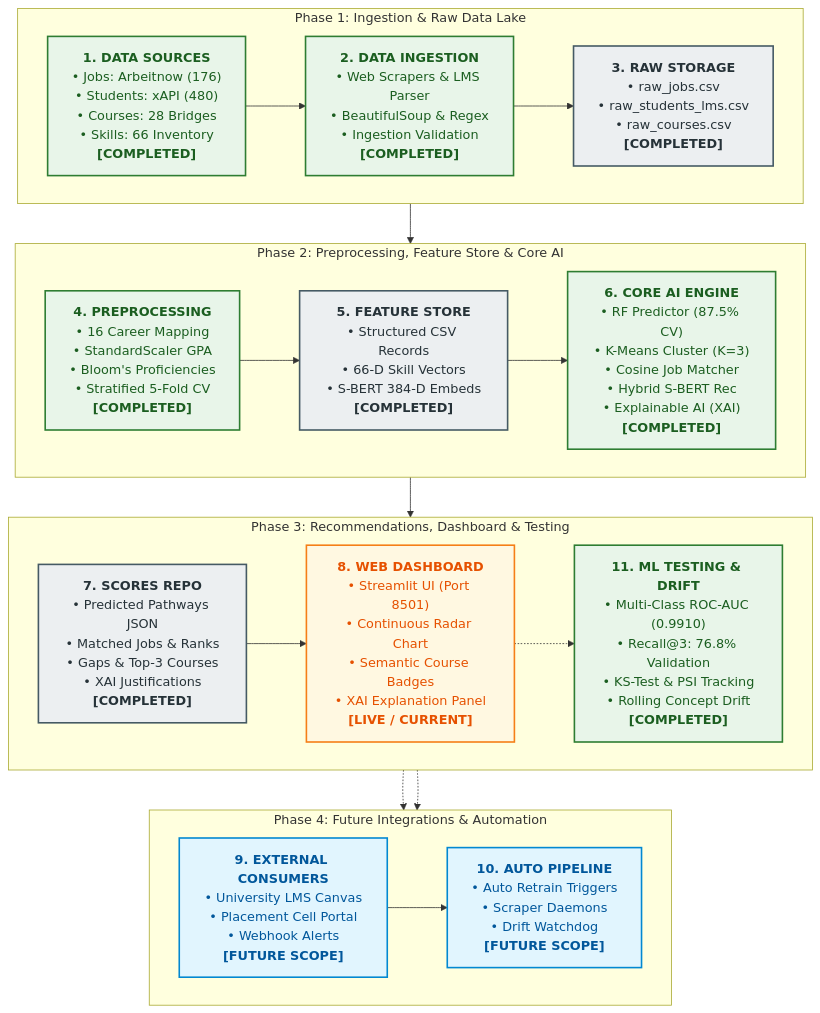
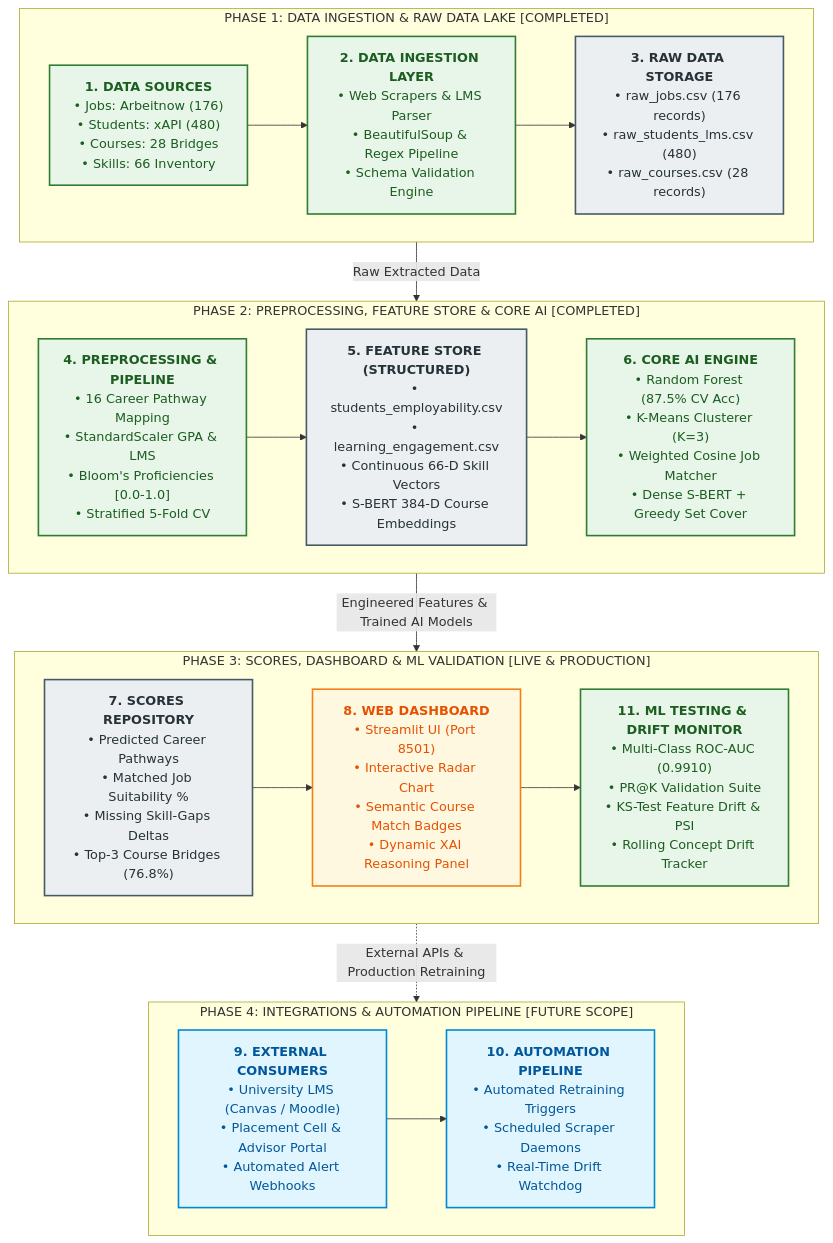
One commit to Raghavmalani77/EduPathAI changed the diagram in README.md. Above: the diagram before and after it, drawn with Mermaid.

Commit message:
docs: stack phase subgraphs vertically with horizontal internal components

````diff
--- a/README.md
+++ b/README.md
@@ -18,45 +18,43 @@
 ```mermaid
 flowchart TD
     %% Styling Classes
     classDef comp fill:#E8F5E9,stroke:#2E7D32,stroke-width:2px,color:#1B5E20;
     classDef curr fill:#FFF8E1,stroke:#F57F17,stroke-width:2px,color:#E65100;
     classDef store fill:#ECEFF1,stroke:#455A64,stroke-width:2px,color:#263238;
     classDef fut fill:#E1F5FE,stroke:#0288D1,stroke-width:2px,color:#01579B;
 
-    subgraph P1 ["Phase 1: Ingestion & Raw Data Lake"]
+    subgraph P1 ["PHASE 1: DATA INGESTION & RAW DATA LAKE [COMPLETED]"]
         direction LR
-        B1["<b>1. DATA SOURCES</b><br/>• Jobs: Arbeitnow (176)<br/>• Students: xAPI (480)<br/>• Courses: 28 Bridges<br/>• Skills: 66 Inventory<br/><b>[COMPLETED]</b>"]:::comp
-        B2["<b>2. DATA INGESTION</b><br/>• Web Scrapers & LMS Parser<br/>• BeautifulSoup & Regex<br/>• Ingestion Validation<br/><b>[COMPLETED]</b>"]:::comp
-        B3["<b>3. RAW STORAGE</b><br/>• raw_jobs.csv<br/>• raw_students_lms.csv<br/>• raw_courses.csv<br/><b>[COMPLETED]</b>"]:::store
+        B1["<b>1. DATA SOURCES</b><br/>• Jobs: Arbeitnow (176)<br/>• Students: xAPI (480)<br/>• Courses: 28 Bridges<br/>• Skills: 66 Inventory"]:::comp
+        B2["<b>2. DATA INGESTION LAYER</b><br/>• Web Scrapers & LMS Parser<br/>• BeautifulSoup & Regex Pipeline<br/>• Schema Validation Engine"]:::comp
+        B3["<b>3. RAW DATA STORAGE</b><br/>• raw_jobs.csv (176 records)<br/>• raw_students_lms.csv (480)<br/>• raw_courses.csv (28 records)"]:::store
         B1 --> B2 --> B3
     end
 
-    subgraph P2 ["Phase 2: Preprocessing, Feature Store & Core AI"]
+    subgraph P2 ["PHASE 2: PREPROCESSING, FEATURE STORE & CORE AI [COMPLETED]"]
         direction LR
-        B4["<b>4. PREPROCESSING</b><br/>• 16 Career Mapping<br/>• StandardScaler GPA<br/>• Bloom's Proficiencies<br/>• Stratified 5-Fold CV<br/><b>[COMPLETED]</b>"]:::comp
-        B5["<b>5. FEATURE STORE</b><br/>• Structured CSV Records<br/>• 66-D Skill Vectors<br/>• S-BERT 384-D Embeds<br/><b>[COMPLETED]</b>"]:::store
-        B6["<b>6. CORE AI ENGINE</b><br/>• RF Predictor (87.5% CV)<br/>• K-Means Cluster (K=3)<br/>• Cosine Job Matcher<br/>• Hybrid S-BERT Rec<br/>• Explainable AI (XAI)<br/><b>[COMPLETED]</b>"]:::comp
+        B4["<b>4. PREPROCESSING & PIPELINE</b><br/>• 16 Career Pathway Mapping<br/>• StandardScaler GPA & LMS<br/>• Bloom's Proficiencies [0.0-1.0]<br/>• Stratified 5-Fold CV"]:::comp
+        B5["<b>5. FEATURE STORE (STRUCTURED)</b><br/>• students_employability.csv<br/>• learning_engagement.csv<br/>• Continuous 66-D Skill Vectors<br/>• S-BERT 384-D Course Embeddings"]:::store
+        B6["<b>6. CORE AI ENGINE</b><br/>• Random Forest (87.5% CV Acc)<br/>• K-Means Clusterer (K=3)<br/>• Weighted Cosine Job Matcher<br/>• Dense S-BERT + Greedy Set Cover"]:::comp
         B4 --> B5 --> B6
     end
 
-    subgraph P3 ["Phase 3: Recommendations, Dashboard & Testing"]
+    subgraph P3 ["PHASE 3: SCORES, DASHBOARD & ML VALIDATION [LIVE & PRODUCTION]"]
         direction LR
-        B7["<b>7. SCORES REPO</b><br/>• Predicted Pathways JSON<br/>• Matched Jobs & Ranks<br/>• Gaps & Top-3 Courses<br/>• XAI Justifications<br/><b>[COMPLETED]</b>"]:::store
-        B8["<b>8. WEB DASHBOARD</b><br/>• Streamlit UI (Port 8501)<br/>• Continuous Radar Chart<br/>• Semantic Course Badges<br/>• XAI Explanation Panel<br/><b>[LIVE / CURRENT]</b>"]:::curr
-        B11["<b>11. ML TESTING & DRIFT</b><br/>• Multi-Class ROC-AUC (0.9910)<br/>• Recall@3: 76.8% Validation<br/>• KS-Test & PSI Tracking<br/>• Rolling Concept Drift<br/><b>[COMPLETED]</b>"]:::comp
-        B7 --> B8
-        B8 -.-> B11
+        B7["<b>7. SCORES REPOSITORY</b><br/>• Predicted Career Pathways<br/>• Matched Job Suitability %<br/>• Missing Skill-Gaps Deltas<br/>• Top-3 Course Bridges (76.8%)"]:::store
+        B8["<b>8. WEB DASHBOARD</b><br/>• Streamlit UI (Port 8501)<br/>• Interactive Radar Chart<br/>• Semantic Course Match Badges<br/>• Dynamic XAI Reasoning Panel"]:::curr
+        B11["<b>11. ML TESTING & DRIFT MONITOR</b><br/>• Multi-Class ROC-AUC (0.9910)<br/>• PR@K Validation Suite<br/>• KS-Test Feature Drift & PSI<br/>• Rolling Concept Drift Tracker"]:::comp
+        B7 --> B8 --> B11
     end
 
-    subgraph P4 ["Phase 4: Future Integrations & Automation"]
+    subgraph P4 ["PHASE 4: INTEGRATIONS & AUTOMATION PIPELINE [FUTURE SCOPE]"]
         direction LR
-        B9["<b>9. EXTERNAL CONSUMERS</b><br/>• University LMS Canvas<br/>• Placement Cell Portal<br/>• Webhook Alerts<br/><b>[FUTURE SCOPE]</b>"]:::fut
-        B10["<b>10. AUTO PIPELINE</b><br/>• Auto Retrain Triggers<br/>• Scraper Daemons<br/>• Drift Watchdog<br/><b>[FUTURE SCOPE]</b>"]:::fut
+        B9["<b>9. EXTERNAL CONSUMERS</b><br/>• University LMS (Canvas / Moodle)<br/>• Placement Cell & Advisor Portal<br/>• Automated Alert Webhooks"]:::fut
+        B10["<b>10. AUTOMATION PIPELINE</b><br/>• Automated Retraining Triggers<br/>• Scheduled Scraper Daemons<br/>• Real-Time Drift Watchdog"]:::fut
         B9 --> B10
     end
 
-    B3 --> B4
-    B6 --> B7
-    B8 -.-> B9
-    B11 -.-> B10
+    P1 -->|"Raw Extracted Data"| P2
+    P2 -->|"Engineered Features & Trained AI Models"| P3
+    P3 -.->|"External APIs & Production Retraining"| P4
 ```
````
